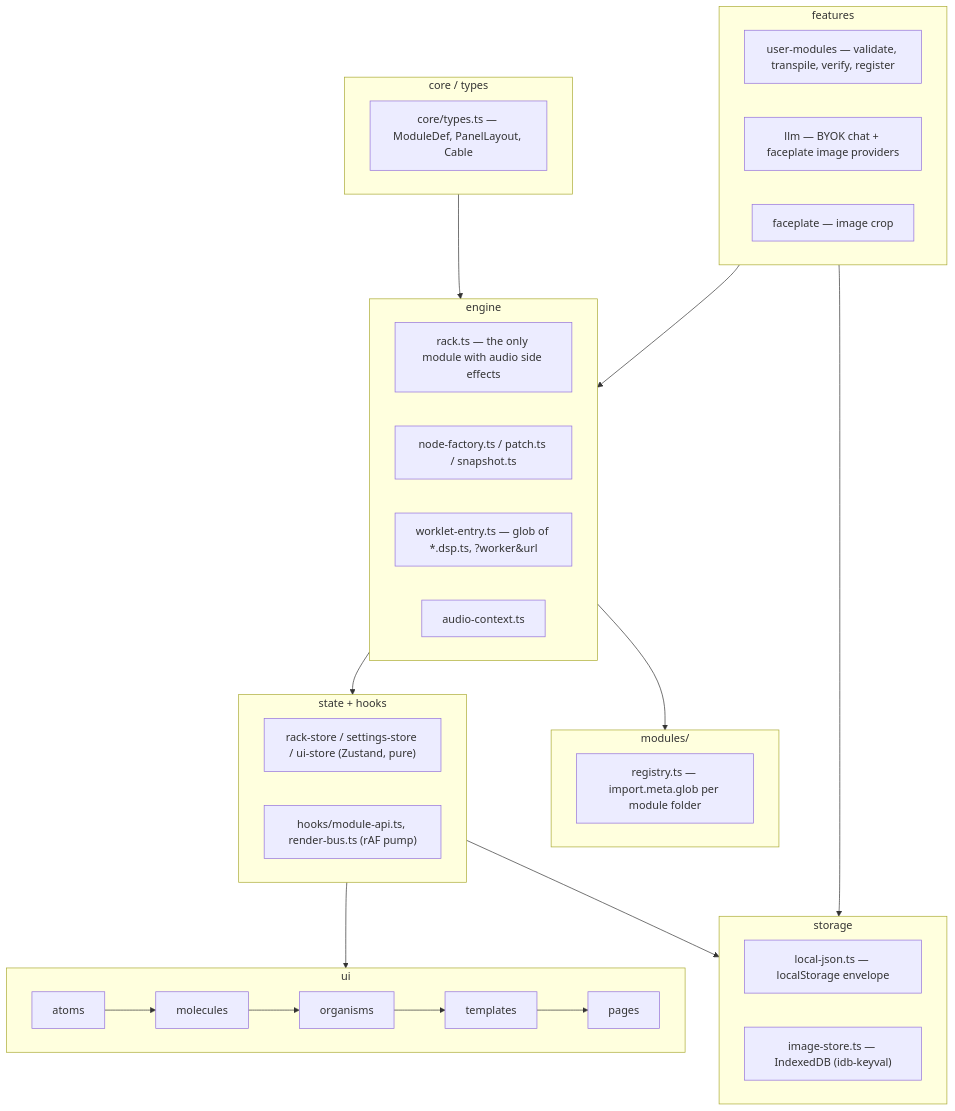
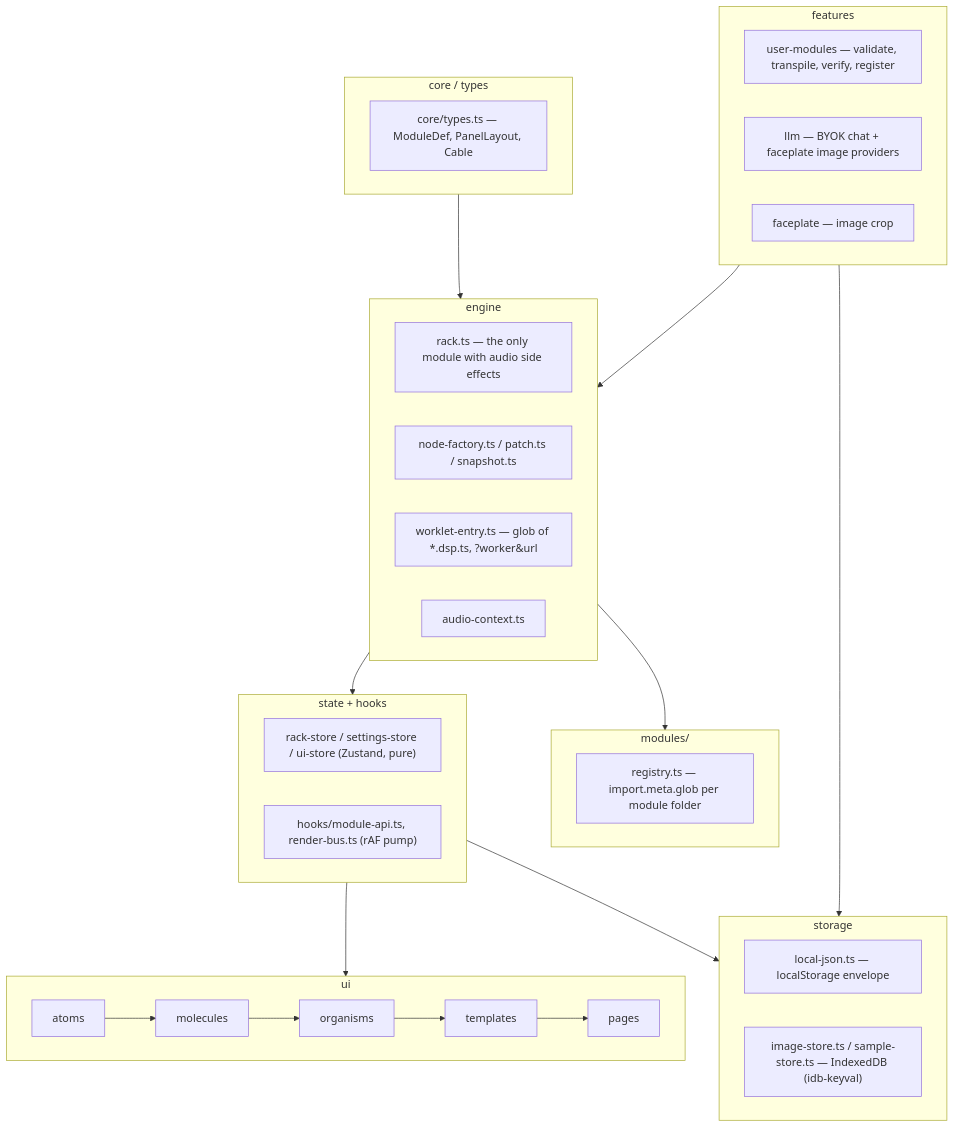
One commit to modularmechanic/signaly changed the diagram in docs/system-architecture.md. Above: the diagram before and after it, drawn with Mermaid. The commit also changed other lines of this file and 229 other files, not shown here.

````diff
--- a/docs/system-architecture.md
+++ b/docs/system-architecture.md
@@ -14,39 +14,39 @@
 ```mermaid
 flowchart TB
     subgraph core["core / types"]
         T["core/types.ts — ModuleDef, PanelLayout, Cable"]
     end
     subgraph engine["engine"]
         E1["rack.ts — the only module with audio side effects"]
         E2["node-factory.ts / patch.ts / snapshot.ts"]
         E3["worklet-entry.ts — glob of *.dsp.ts, ?worker&url"]
         E4["audio-context.ts"]
     end
     subgraph state["state + hooks"]
         S1["rack-store / settings-store / ui-store (Zustand, pure)"]
         S2["hooks/module-api.ts, render-bus.ts (rAF pump)"]
     end
     subgraph ui["ui"]
         U1["atoms"] --> U2["molecules"] --> U3["organisms"] --> U4["templates"] --> U5["pages"]
     end
     subgraph features["features"]
         F1["user-modules — validate, transpile, verify, register"]
         F2["llm — BYOK chat + faceplate image providers"]
         F3["faceplate — image crop"]
     end
     subgraph storage["storage"]
         ST1["local-json.ts — localStorage envelope"]
-        ST2["image-store.ts — IndexedDB (idb-keyval)"]
+        ST2["image-store.ts / sample-store.ts — IndexedDB (idb-keyval)"]
     end
     subgraph modules["modules/<id>"]
         M1["registry.ts — import.meta.glob per module folder"]
     end
 
     core --> engine
     engine --> state
     state --> ui
     features --> engine
     features --> storage
     engine --> modules
     state --> storage
 ```
````
